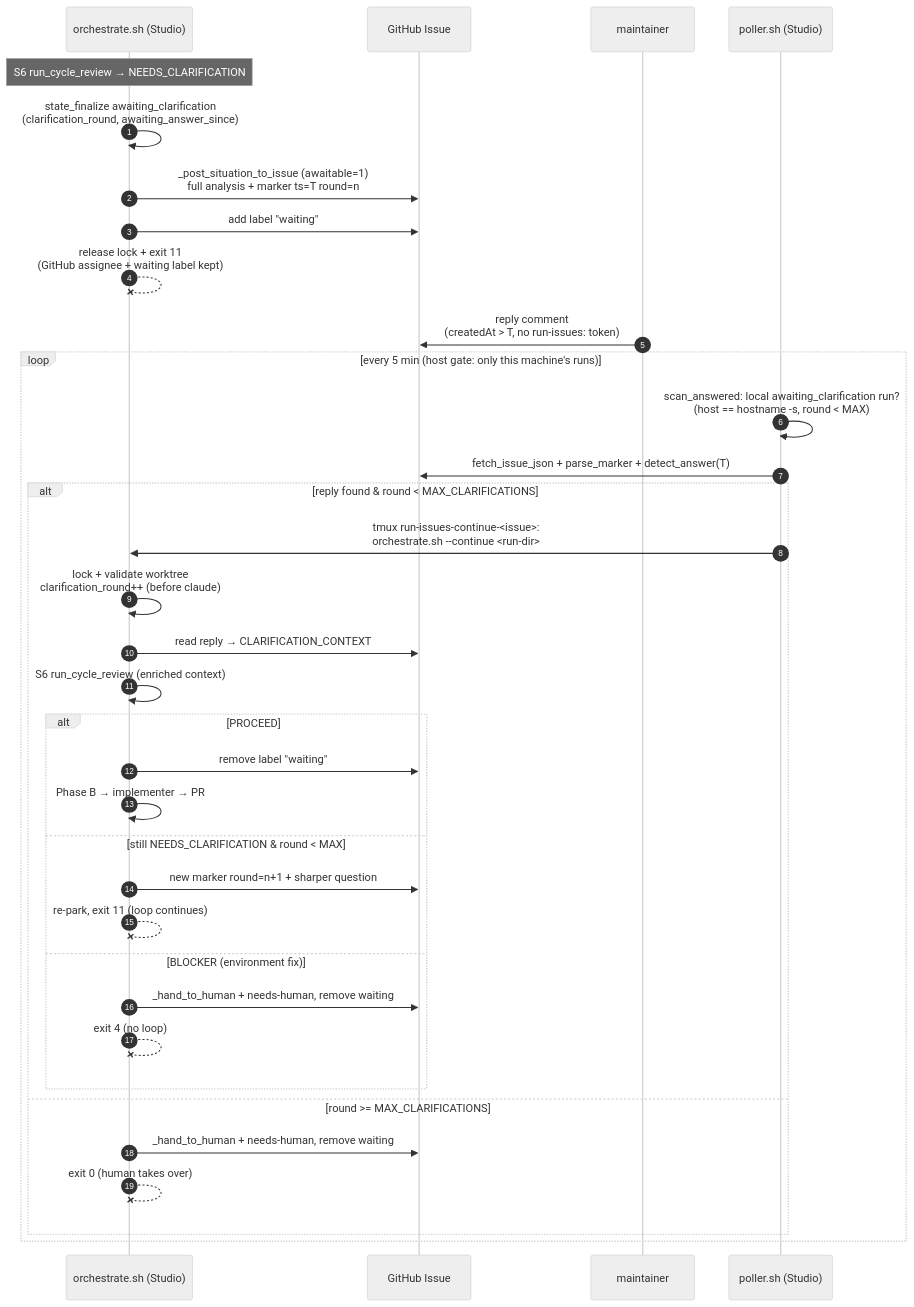
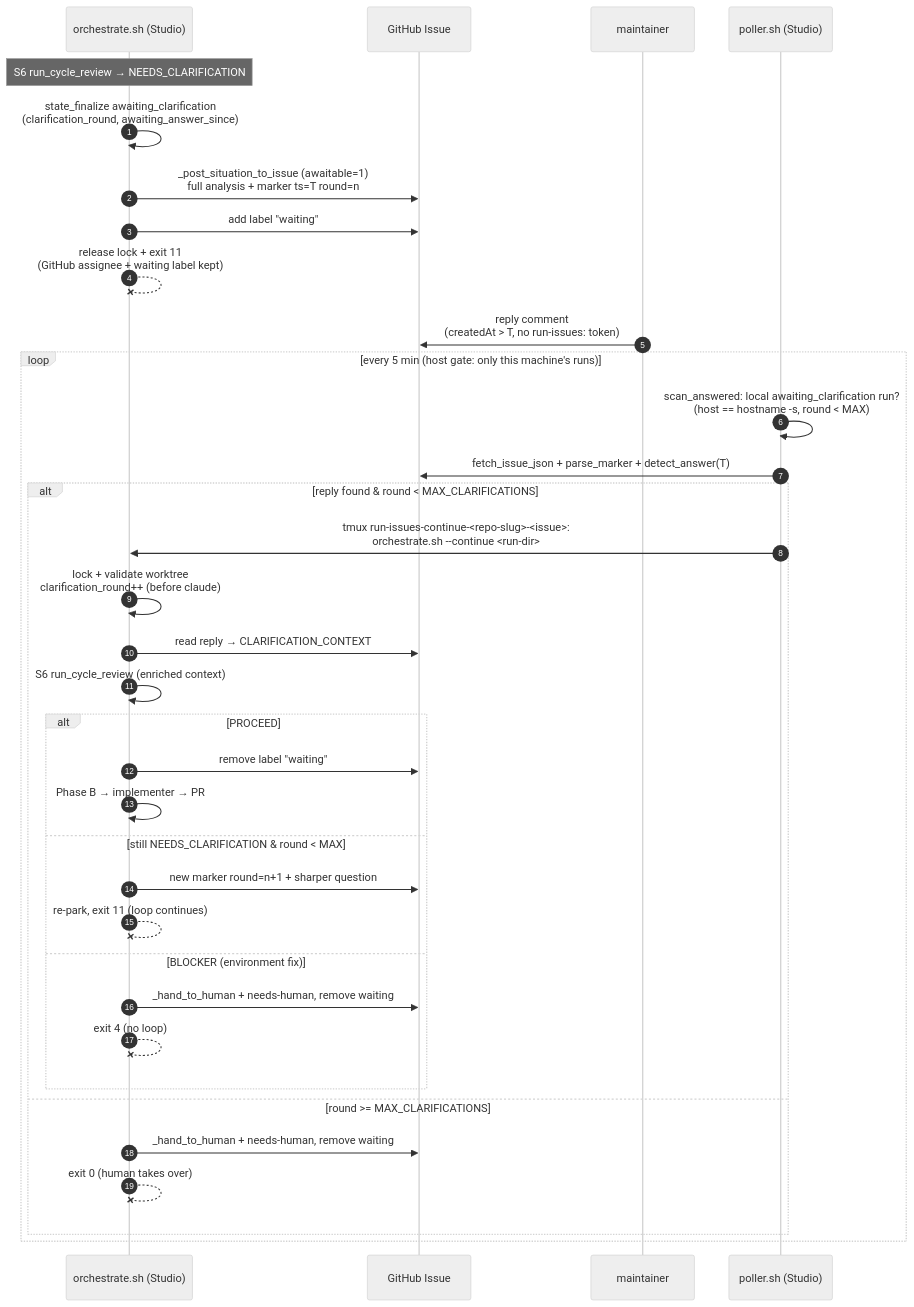
Before and after one commit to Silon-Oy/silon-issue-runner: the diagram in docs/diagrams/run-issues-clarification-loop.mmd, drawn with Mermaid (neutral theme). The commit also changed 3 other files, not shown here.

Commit message:
docs(diagrams): update tmux session names for the repo-namespaced suffix (#67)

```diff
--- a/docs/diagrams/run-issues-clarification-loop.mmd
+++ b/docs/diagrams/run-issues-clarification-loop.mmd
@@ -1,48 +1,48 @@
 %% Author: GoodReason cycle (Architect design, verified against implementation)
 %% Created: 2026-05-21
 %% Topic: run-issues clarification answer-and-continue loop (α2)
 %% Task: NEEDS_CLARIFICATION → maintainer replies on the issue → Studio continues from S6
 %%
 %% Companion to run-issues-state-machine.mmd. This sequence view shows the
 %% cross-machine flow: the run + worktree + lock live on Studio (host gate),
 %% but maintainer can reply from anywhere; the Studio poller is the only trigger.
 %% Bot and human share the same GitHub account (maintainer), so the reply is
 %% detected by timestamp vs. an embedded marker, not by comment author.
 sequenceDiagram
     autonumber
     participant Orch as orchestrate.sh (Studio)
     participant GH as GitHub Issue
     participant maintainer
     participant Poller as poller.sh (Studio)
 
     Note over Orch: S6 run_cycle_review → NEEDS_CLARIFICATION
     Orch->>Orch: state_finalize awaiting_clarification<br/>(clarification_round, awaiting_answer_since)
     Orch->>GH: _post_situation_to_issue (awaitable=1)<br/>full analysis + marker ts=T round=n
     Orch->>GH: add label "waiting"
     Orch--xOrch: release lock + exit 11<br/>(GitHub assignee + waiting label kept)
 
     maintainer->>GH: reply comment<br/>(createdAt > T, no run-issues: token)
 
     loop every 5 min (host gate: only this machine's runs)
         Poller->>Poller: scan_answered: local awaiting_clarification run?<br/>(host == hostname -s, round < MAX)
         Poller->>GH: fetch_issue_json + parse_marker + detect_answer(T)
         alt reply found & round < MAX_CLARIFICATIONS
-            Poller->>Orch: tmux run-issues-continue-<issue>:<br/>orchestrate.sh --continue <run-dir>
+            Poller->>Orch: tmux run-issues-continue-<repo-slug>-<issue>:<br/>orchestrate.sh --continue <run-dir>
             Orch->>Orch: lock + validate worktree<br/>clarification_round++ (before claude)
             Orch->>GH: read reply → CLARIFICATION_CONTEXT
             Orch->>Orch: S6 run_cycle_review (enriched context)
             alt PROCEED
                 Orch->>GH: remove label "waiting"
                 Orch->>Orch: Phase B → implementer → PR
             else still NEEDS_CLARIFICATION & round < MAX
                 Orch->>GH: new marker round=n+1 + sharper question
                 Orch--xOrch: re-park, exit 11 (loop continues)
             else BLOCKER (environment fix)
                 Orch->>GH: _hand_to_human + needs-human, remove waiting
                 Orch--xOrch: exit 4 (no loop)
             end
         else round >= MAX_CLARIFICATIONS
             Orch->>GH: _hand_to_human + needs-human, remove waiting
             Orch--xOrch: exit 0 (human takes over)
         end
     end
```
